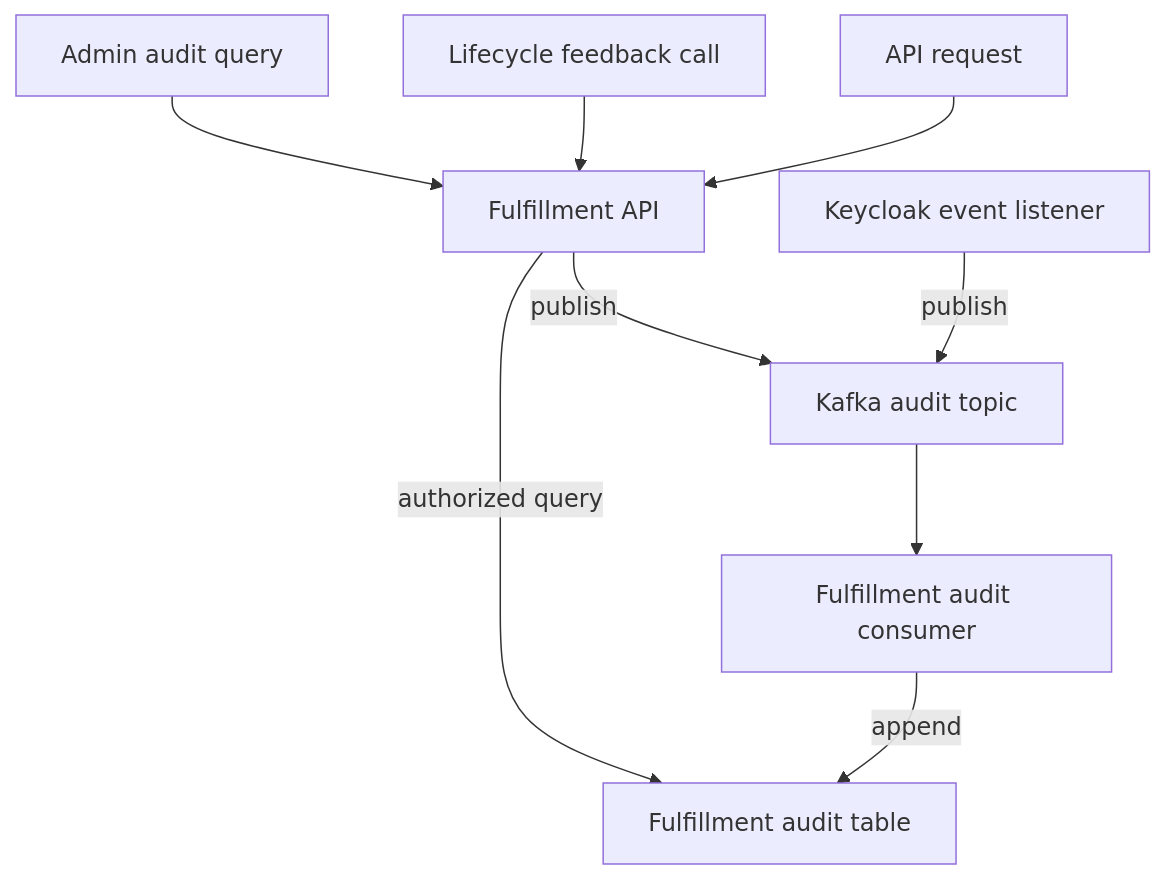
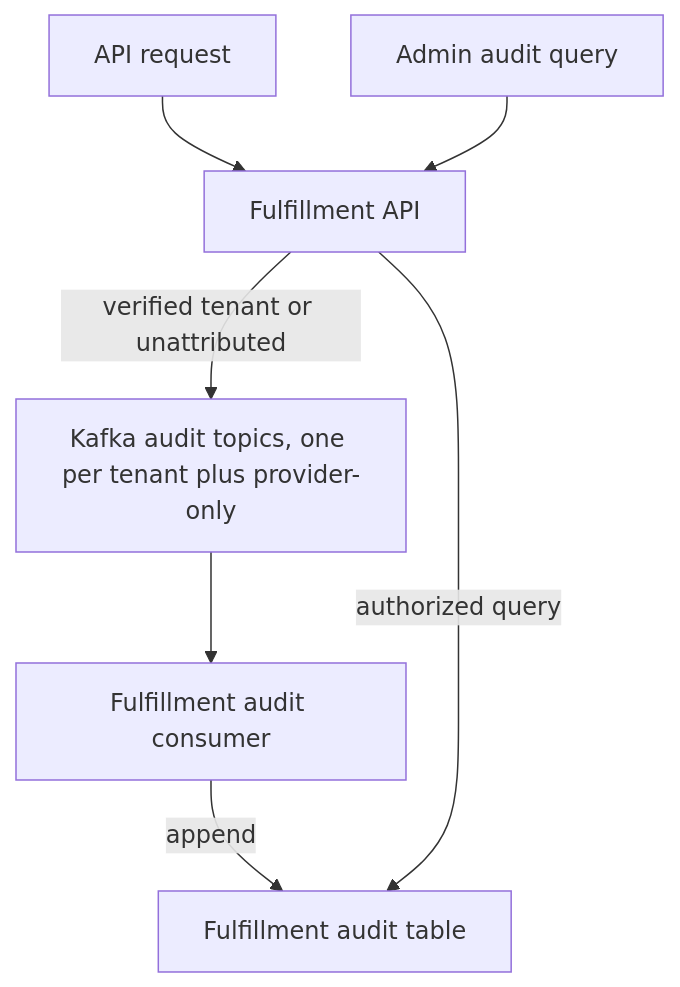
One commit to osac-project/enhancement-proposals changed the diagram in enhancements/OSAC-63-audit-log-api/design.md. Above: the diagram before and after it, drawn with Mermaid. The commit also changed other lines of this file, not shown here.

````diff
--- a/enhancements/OSAC-63-audit-log-api/design.md
+++ b/enhancements/OSAC-63-audit-log-api/design.md
@@ -34,11 +42,9 @@
 ```mermaid
 flowchart TB
   Request["API request"] --> Fulfillment["Fulfillment API"]
-  LifecycleFeedbackCall["Lifecycle feedback call"] --> Fulfillment
   Admin["Admin audit query"] --> Fulfillment
-  Fulfillment -->|publish| AuditTopic["Kafka audit topic"]
-  Keycloak["Keycloak event listener"] -->|publish| AuditTopic
-  AuditTopic --> AuditConsumer["Fulfillment audit consumer"]
+  Fulfillment -->|verified tenant or unattributed| AuditTopics["Kafka audit topics, one per tenant plus provider-only"]
+  AuditTopics --> AuditConsumer["Fulfillment audit consumer"]
   AuditConsumer -->|append| AuditTable["Fulfillment audit table"]
   Fulfillment -->|authorized query| AuditTable
 ```
````
